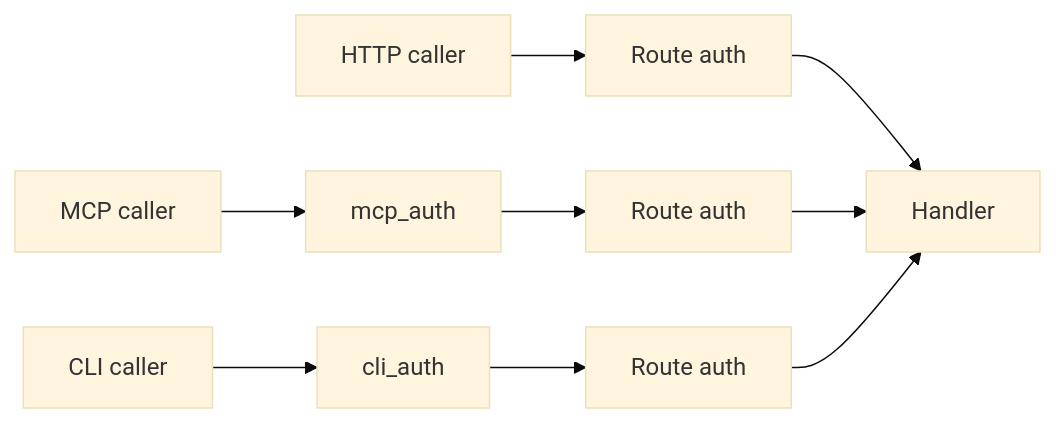
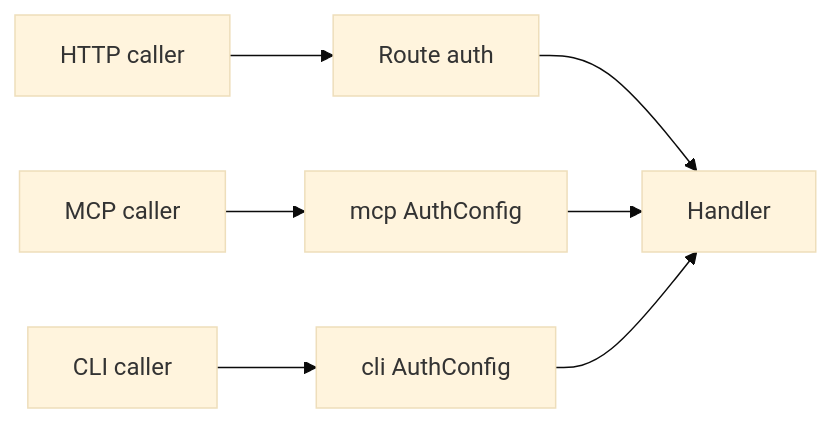
One commit to yanurag-dev/quater changed the second of 2 diagrams in docs/en/dev/index.md. Above: the diagram before and after it, drawn with Mermaid (base theme). The commit also changed other lines of this file and 80 other files, not shown here.

````diff
--- a/docs/en/dev/index.md
+++ b/docs/en/dev/index.md
@@ -165,6 +164,6 @@
 ```mermaid
 flowchart LR
     api["HTTP caller"] --> api_auth["Route auth"] --> handler["Handler"]
-    mcp["MCP caller"] --> mcp_auth["mcp_auth"] --> mcp_route["Route auth"] --> handler
-    cli["CLI caller"] --> cli_auth["cli_auth"] --> cli_route["Route auth"] --> handler
+    mcp["MCP caller"] --> mcp_auth["mcp AuthConfig"] --> handler
+    cli["CLI caller"] --> cli_auth["cli AuthConfig"] --> handler
 ```
````
